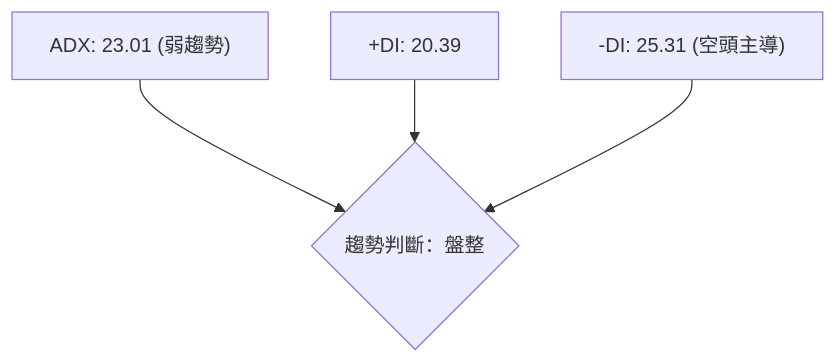
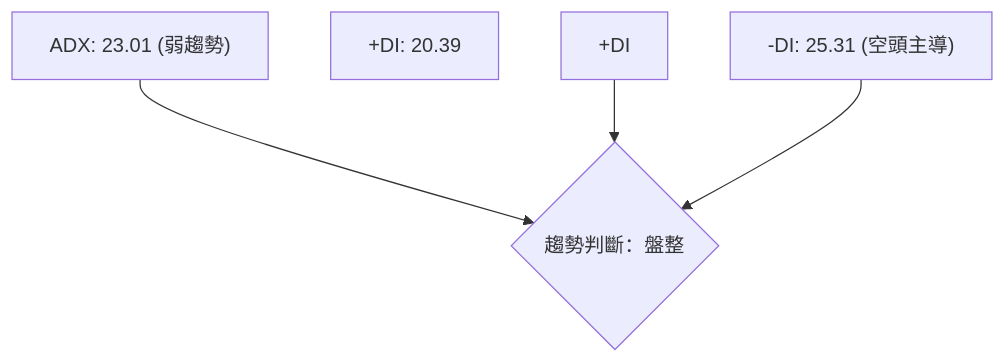
Before and after one commit to yennanliu/finance_data: the third of 10 diagrams in ai_gen_report/stock/grab/technical_analysis_2026-04-04_openai.md, drawn with Mermaid. The commit also changed 2258 other files, not shown here.

First line of the commit message:
chore: backfill Mermaid syntax repair across existing reports

````diff
--- a/ai_gen_report/stock/grab/technical_analysis_2026-04-04_openai.md
+++ b/ai_gen_report/stock/grab/technical_analysis_2026-04-04_openai.md
@@ -135,9 +135,9 @@
 ```mermaid
 graph TD
     ADX["ADX: 23.01 (弱趨勢)"]
     +DI["+DI: 20.39"]
     -DI["-DI: 25.31 (空頭主導)"]
     ADX --> 趨勢判斷{"趨勢判斷：盤整"}
-    +DI --> 趨勢判斷
+    nb1["+DI"] --> 趨勢判斷
     -DI --> 趨勢判斷
 ```
````
